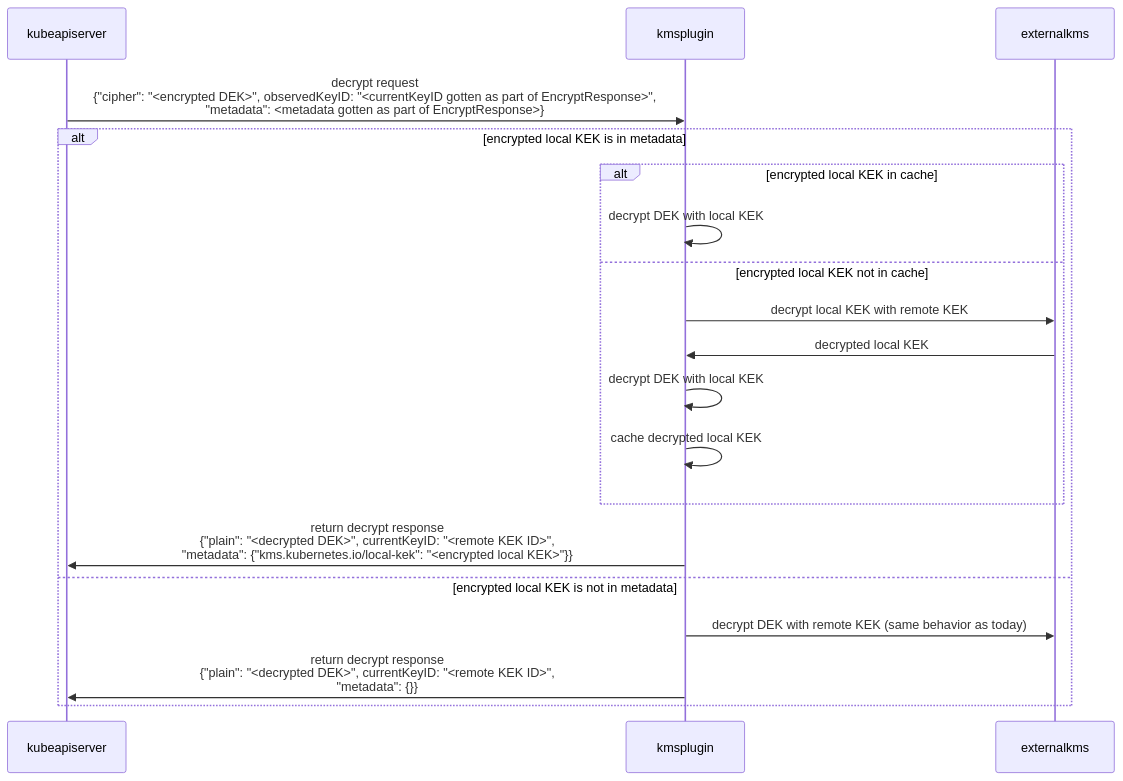
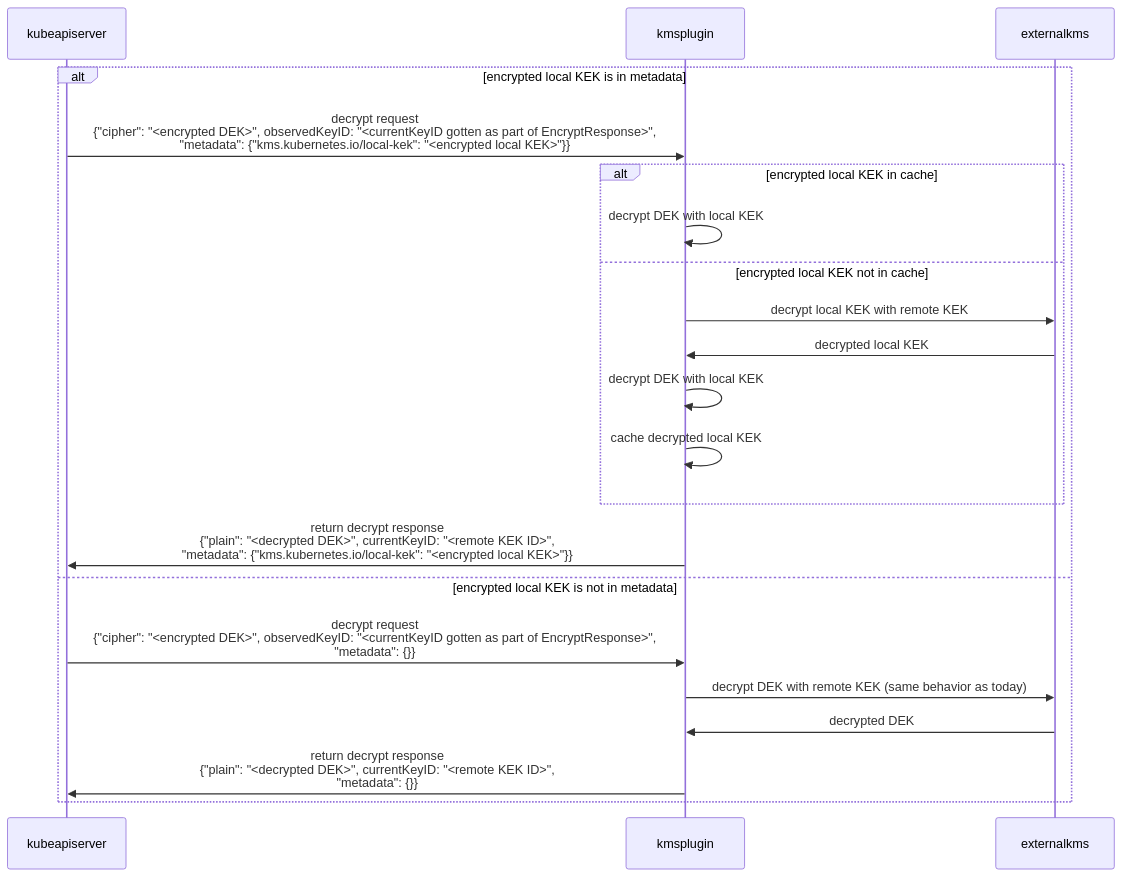
The second of 2 diagrams in docs/diagrams.md (aramase/kms), drawn with Mermaid before and after one commit.

Commit message:
docs: update sequence diagram for decrypt (#11)

````diff
--- a/docs/diagrams.md
+++ b/docs/diagrams.md
@@ -29,22 +29,24 @@
 ```mermaid
 sequenceDiagram
     participant kubeapiserver
     participant kmsplugin
     participant externalkms
-    kubeapiserver->>kmsplugin: decrypt request <br/> {"cipher": "<encrypted DEK>", observedKeyID: "<currentKeyID gotten as part of EncryptResponse>", <br/> "metadata": <metadata gotten as part of EncryptResponse>}
     %% if local KEK in metadata, then using hierarchy
     alt encrypted local KEK is in metadata
+      kubeapiserver->>kmsplugin: decrypt request <br/> {"cipher": "<encrypted DEK>", observedKeyID: "<currentKeyID gotten as part of EncryptResponse>", <br/> "metadata": {"kms.kubernetes.io/local-kek": "<encrypted local KEK>"}}
         alt encrypted local KEK in cache
             kmsplugin->>kmsplugin: decrypt DEK with local KEK
         else encrypted local KEK not in cache
             kmsplugin->>externalkms: decrypt local KEK with remote KEK
             externalkms->>kmsplugin: decrypted local KEK
             kmsplugin->>kmsplugin: decrypt DEK with local KEK
             kmsplugin->>kmsplugin: cache decrypted local KEK
         end
         kmsplugin->>kubeapiserver: return decrypt response <br/> {"plain": "<decrypted DEK>", currentKeyID: "<remote KEK ID>", <br/> "metadata": {"kms.kubernetes.io/local-kek": "<encrypted local KEK>"}}
     else encrypted local KEK is not in metadata
+        kubeapiserver->>kmsplugin: decrypt request <br/> {"cipher": "<encrypted DEK>", observedKeyID: "<currentKeyID gotten as part of EncryptResponse>", <br/> "metadata": {}}
         kmsplugin->>externalkms: decrypt DEK with remote KEK (same behavior as today)
+        externalkms->>kmsplugin: decrypted DEK
         kmsplugin->>kubeapiserver: return decrypt response <br/> {"plain": "<decrypted DEK>", currentKeyID: "<remote KEK ID>", <br/> "metadata": {}}
     end
 ```
````
